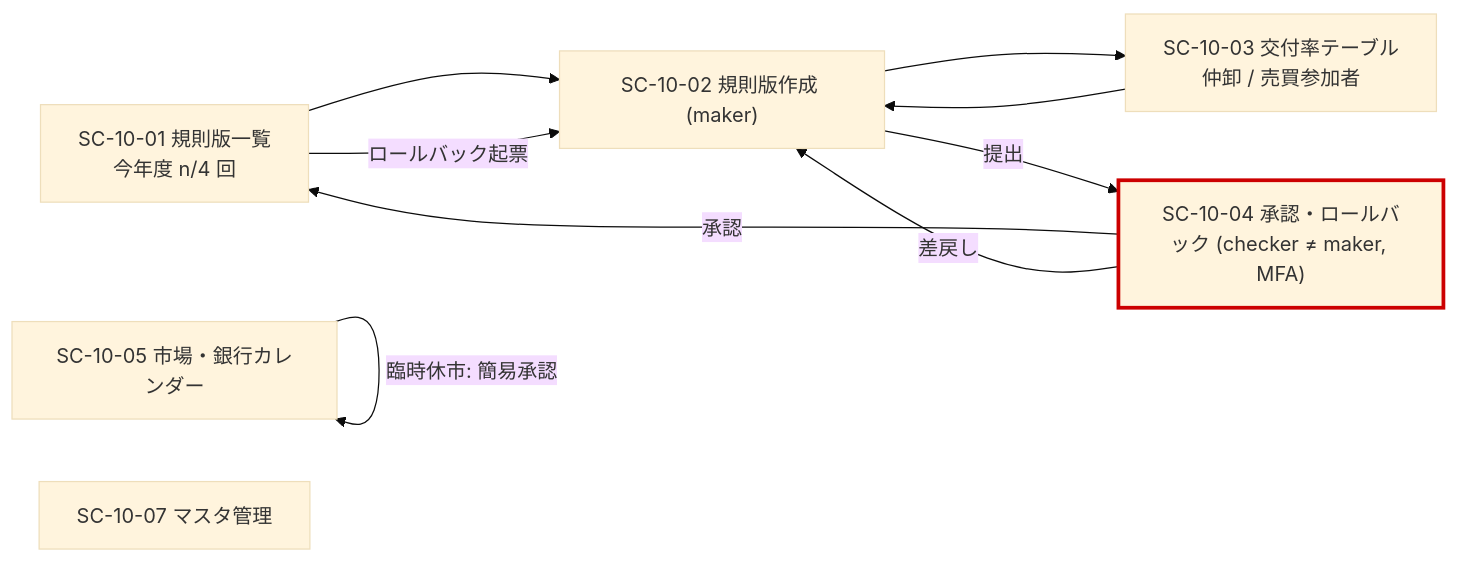
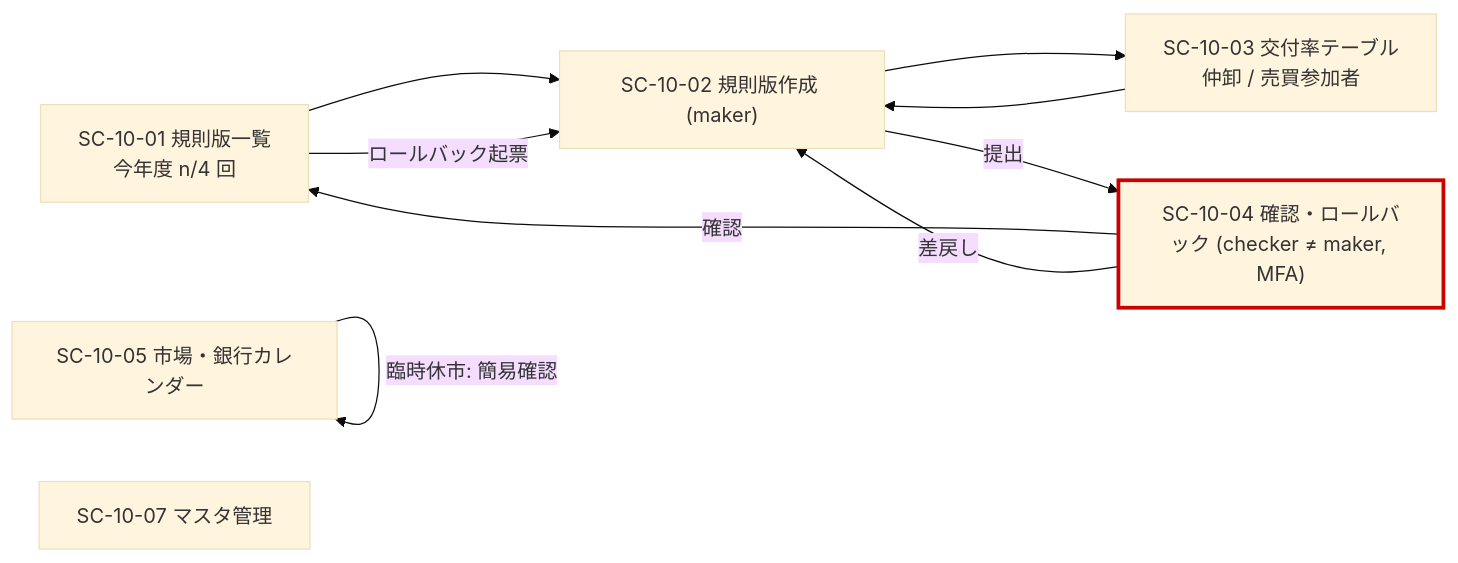
One commit to phuongnnm-23344/lab-wholesale-market changed the ninth of 10 diagrams in wireframes/SCREEN-LIST.md. Above: the diagram before and after it, drawn with Mermaid (base theme). The commit also changed other lines of this file and 16 other files, not shown here.

````diff
--- a/wireframes/SCREEN-LIST.md
+++ b/wireframes/SCREEN-LIST.md
@@ -344,12 +350,13 @@
 ```mermaid
 flowchart LR
   L["SC-10-01 規則版一覧<br/>今年度 n/4 回"] --> N["SC-10-02 規則版作成 (maker)"]
   N --> T["SC-10-03 交付率テーブル<br/>仲卸 / 売買参加者"] --> N
-  N -->|提出| C["SC-10-04 承認・ロールバック (checker ≠ maker, MFA)"]:::human
-  C -->|承認| L
+  N -->|提出| C["SC-10-04 確認・ロールバック (checker ≠ maker, MFA)"]
+  class C human
+  C -->|確認| L
   C -->|差戻し| N
   L -->|ロールバック起票| N
-  CAL["SC-10-05 市場・銀行カレンダー"] -->|臨時休市: 簡易承認| CAL
+  CAL["SC-10-05 市場・銀行カレンダー"] -->|臨時休市: 簡易確認| CAL
   MS["SC-10-07 マスタ管理"]
   classDef human stroke:#c00,stroke-width:3px
 ```
````
